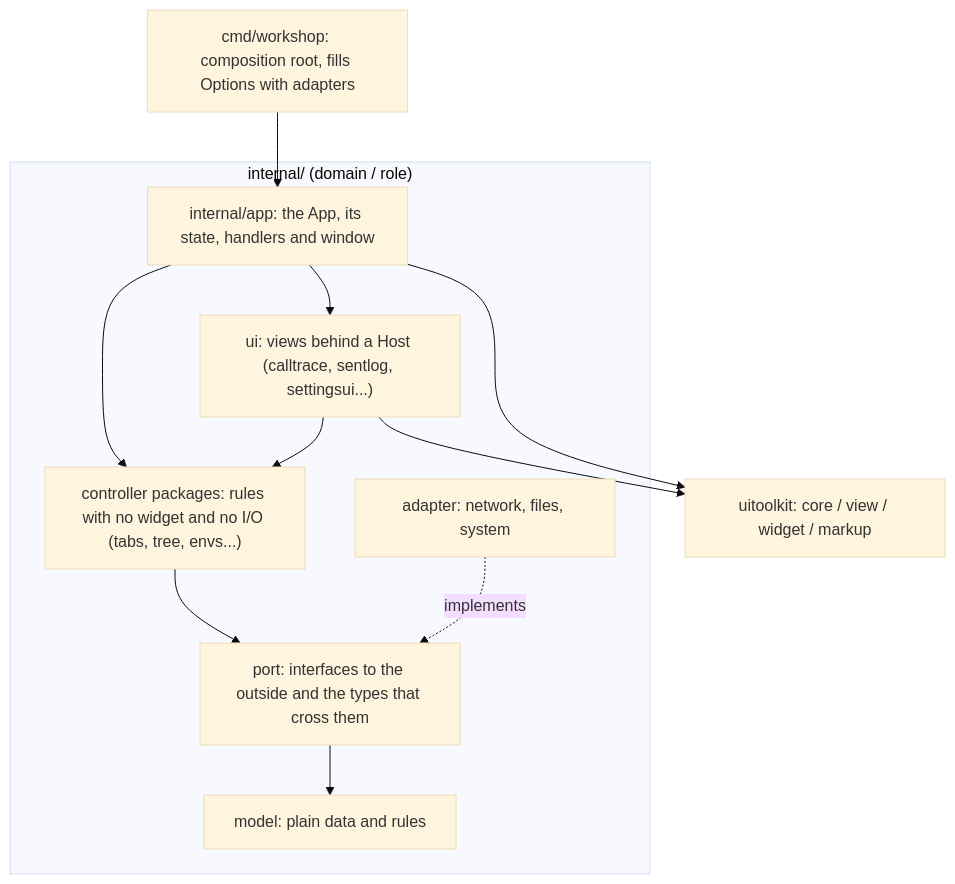
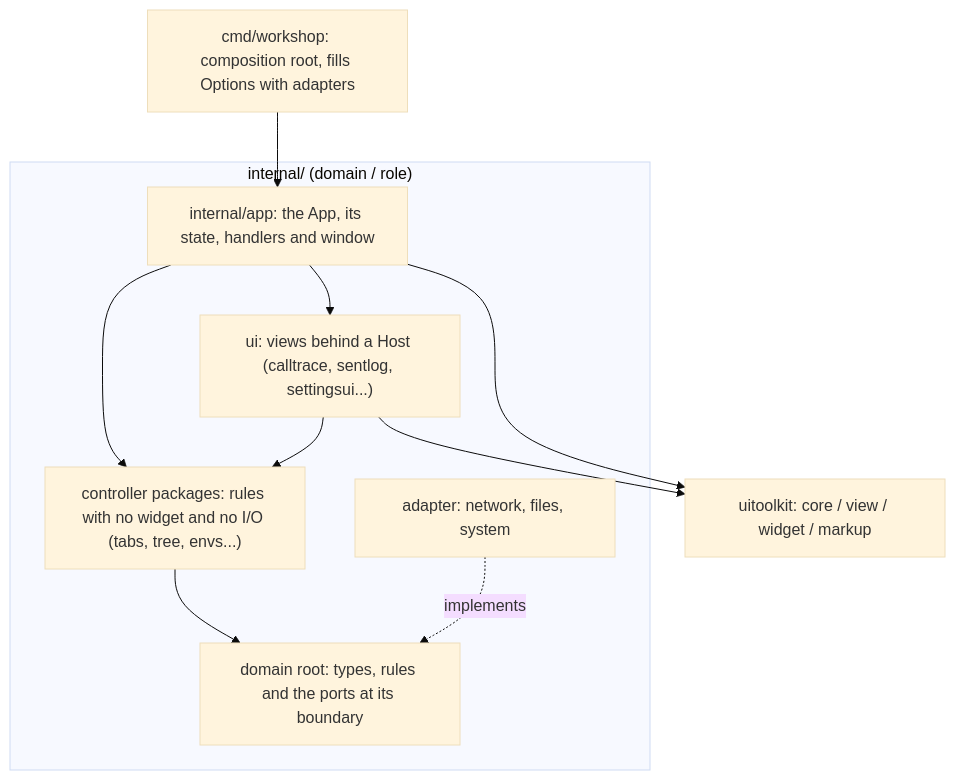
Before and after one commit to gascoigne-ai/gascoigne-workshop: the diagram in .harness/overview.md, drawn with Mermaid (base theme). The commit also changed other lines of this file and 337 other files, not shown here.

First line of the commit message:
refactor(layout): request root package holds its types and ports

````diff
--- a/.harness/overview.md
+++ b/.harness/overview.md
@@ -28,16 +28,15 @@
 ```mermaid
 flowchart TB
   cmd["cmd/workshop: composition root, fills Options with adapters"] --> app
   subgraph internal["internal/ (domain / role)"]
     app["internal/app: the App, its state, handlers and window"]
     ui["ui: views behind a Host (calltrace, sentlog, settingsui...)"]
     ctl["controller packages: rules with no widget and no I/O (tabs, tree, envs...)"]
-    port["port: interfaces to the outside and the types that cross them"]
-    model["model: plain data and rules"]
+    root["domain root: types, rules and the ports at its boundary"]
     adapter["adapter: network, files, system"]
   end
   app --> ui & ctl
-  ui --> ctl --> port --> model
-  adapter -. implements .-> port
+  ui --> ctl --> root
+  adapter -. implements .-> root
   ui & app --> toolkit["uitoolkit: core / view / widget / markup"]
 ```
````
